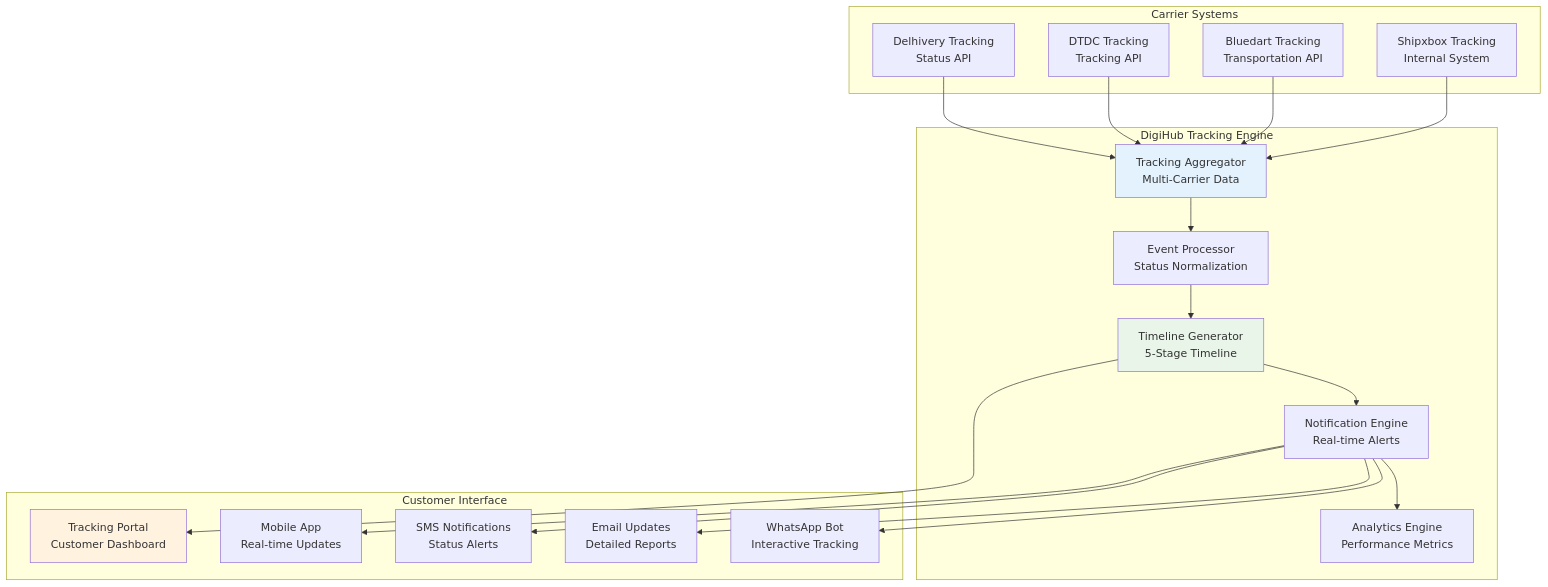
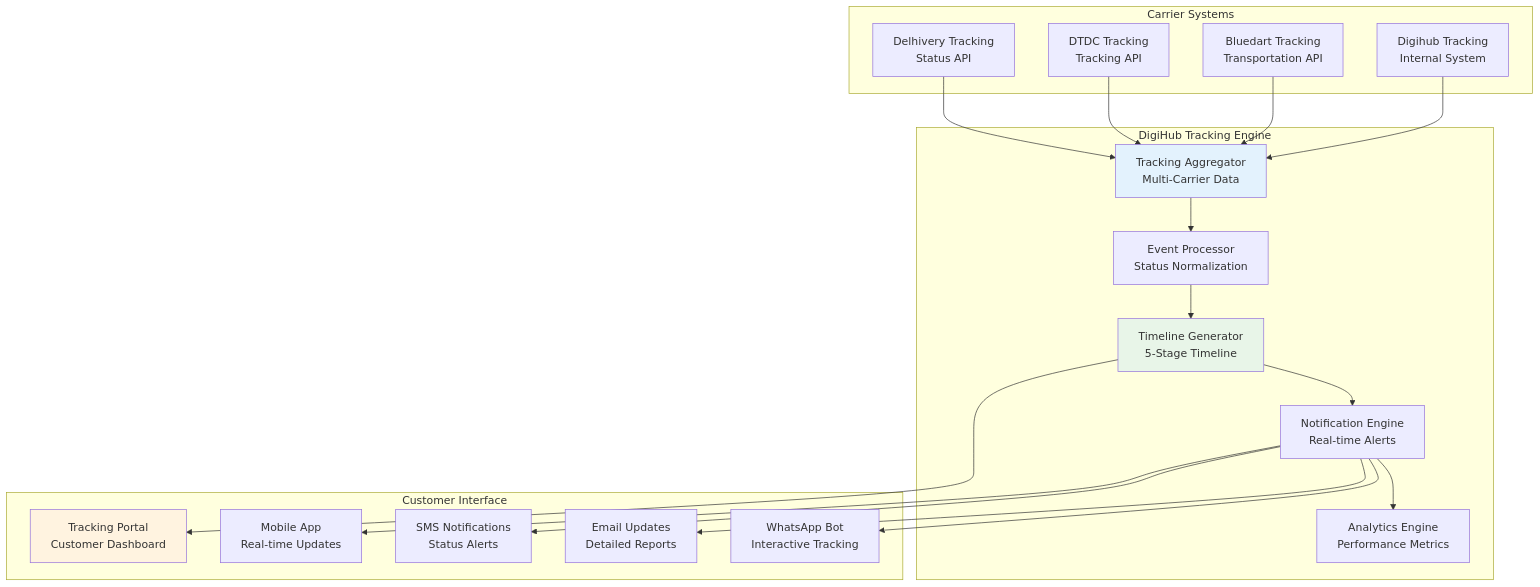
One commit to sandeepkumar0801/Digihub changed diagram 14 of 39 in README.md. Above: the diagram before and after it, drawn with Mermaid. The commit also changed other lines of this file, not shown here.

````diff
--- a/README.md
+++ b/README.md
@@ -2561,42 +2561,42 @@
 ```mermaid
 graph TD
     subgraph "Carrier Systems"
-        A1[Shipxbox Tracking<br/>Internal System]
+        A1[Digihub Tracking<br/>Internal System]
         A2[Bluedart Tracking<br/>Transportation API]
         A3[DTDC Tracking<br/>Tracking API]
         A4[Delhivery Tracking<br/>Status API]
     end
 
     subgraph "DigiHub Tracking Engine"
         B1[Tracking Aggregator<br/>Multi-Carrier Data]
         B2[Event Processor<br/>Status Normalization]
         B3[Timeline Generator<br/>5-Stage Timeline]
         B4[Notification Engine<br/>Real-time Alerts]
         B5[Analytics Engine<br/>Performance Metrics]
     end
 
     subgraph "Customer Interface"
         C1[Tracking Portal<br/>Customer Dashboard]
         C2[Mobile App<br/>Real-time Updates]
         C3[SMS Notifications<br/>Status Alerts]
         C4[Email Updates<br/>Detailed Reports]
         C5[WhatsApp Bot<br/>Interactive Tracking]
     end
 
     A1 --> B1
     A2 --> B1
     A3 --> B1
     A4 --> B1
 
     B1 --> B2 --> B3 --> B4 --> B5
 
     B3 --> C1
     B4 --> C2
     B4 --> C3
     B4 --> C4
     B4 --> C5
 
     style B1 fill:#e3f2fd
     style B3 fill:#e8f5e8
     style C1 fill:#fff3e0
 ```
````
